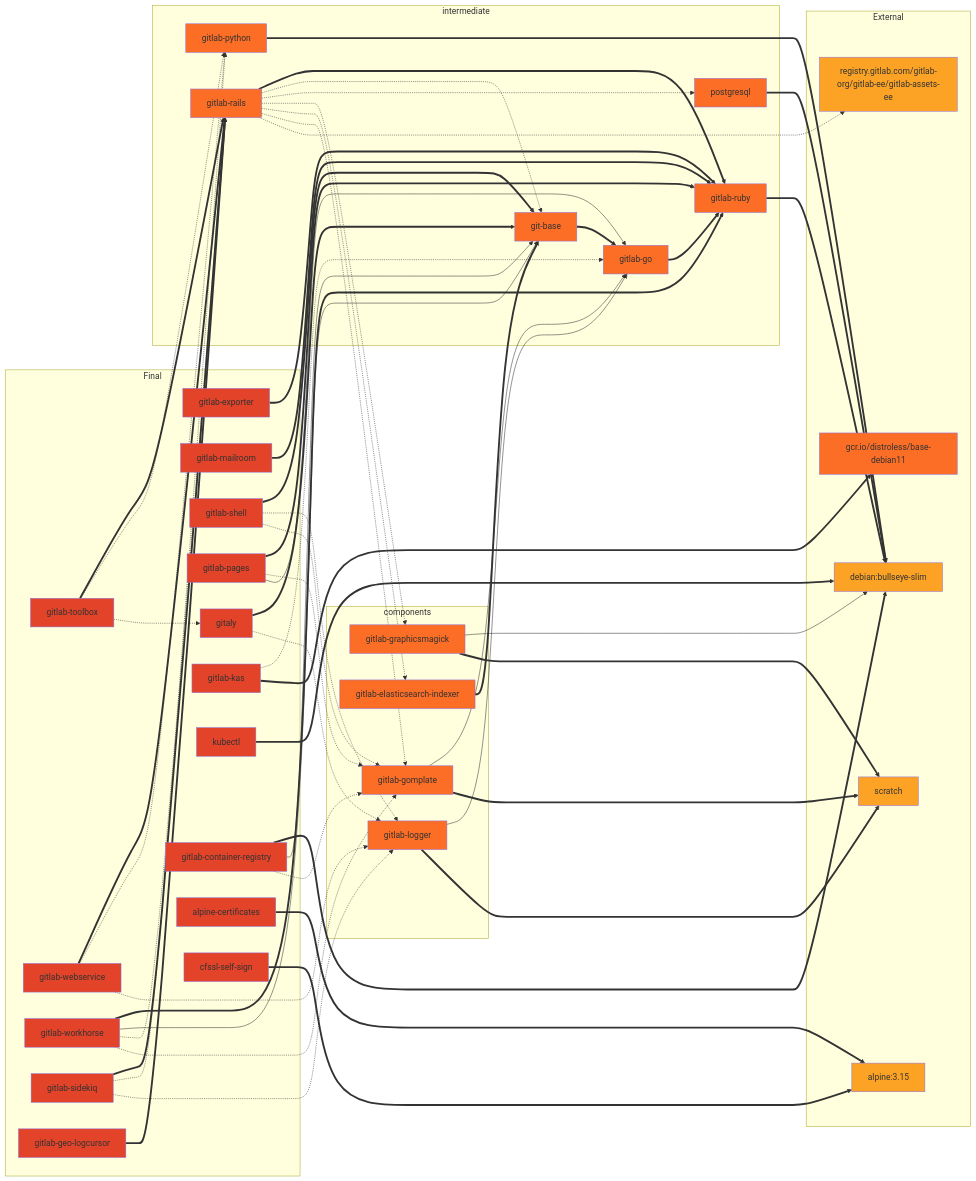
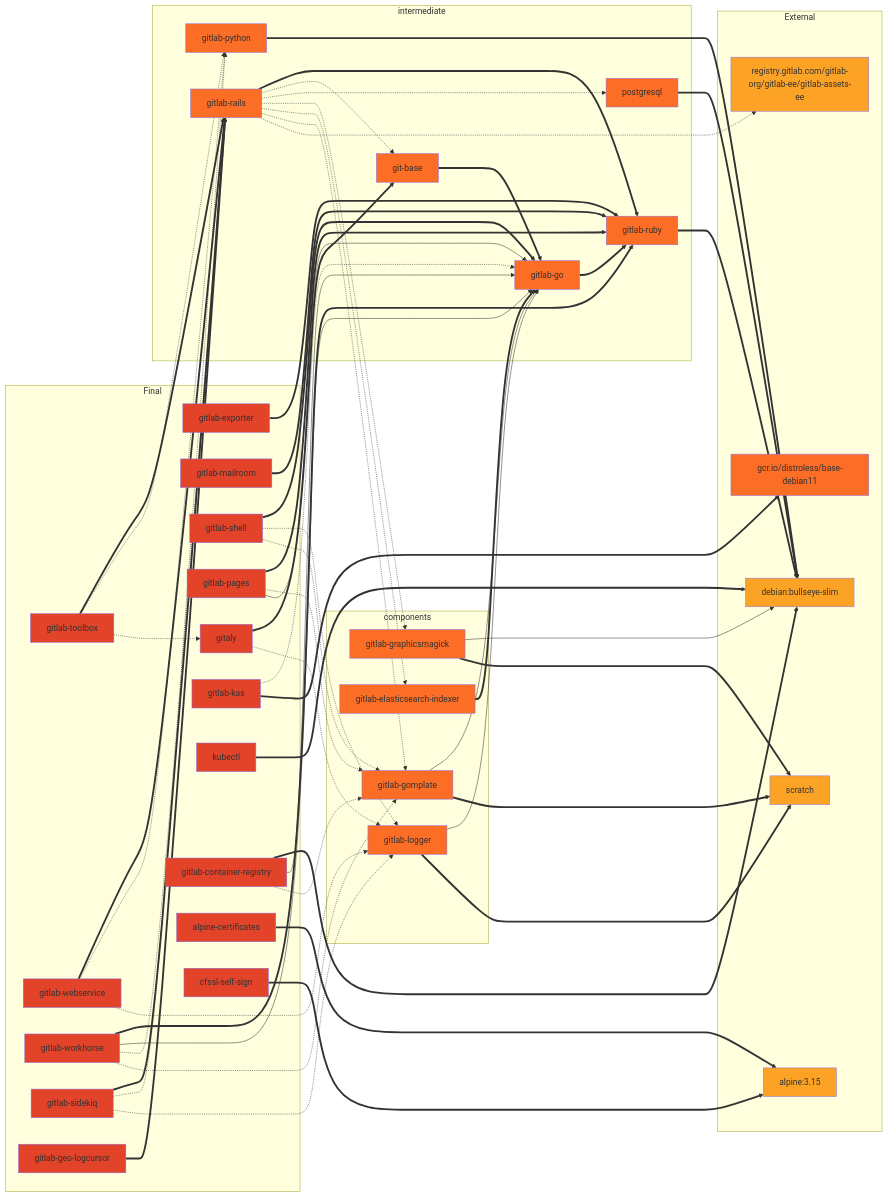
The second of 2 diagrams in docs/build.md (tachyons/gitlab-pages), drawn with Mermaid before and after one commit. The commit also changed other lines of this file and 9 other files, not shown here.

Commit message:
Drop dependencies on the "git-base" image

```diff
--- a/docs/build.md
+++ b/docs/build.md
@@ -336,13 +337,13 @@
 
   gitlab-mailroom==>gitlab-ruby;
 
-  gitlab-shell==>git-base;
+  gitlab-shell==>gitlab-go;
   gitlab-shell-.->gitlab-logger;
   gitlab-shell-.->gitlab-gomplate;
 
   git-base==>gitlab-go;
 
-  gitlab-elasticsearch-indexer==>git-base;
+  gitlab-elasticsearch-indexer==>gitlab-go;
 
   gitaly==>git-base;
   gitaly-.->gitlab-logger;
@@ -351,11 +352,11 @@
   gitlab-kas==>gcr.io/distroless/base-debian11
 
   gitlab-container-registry==>debian
-  gitlab-container-registry-->git-base
+  gitlab-container-registry-->gitlab-go
   gitlab-container-registry-.->gitlab-gomplate
 
   gitlab-workhorse==>gitlab-ruby
-  gitlab-workhorse-->git-base
+  gitlab-workhorse-->gitlab-go
   gitlab-workhorse-.->gitlab-rails
   gitlab-workhorse-.->gitlab-gomplate
 
```
